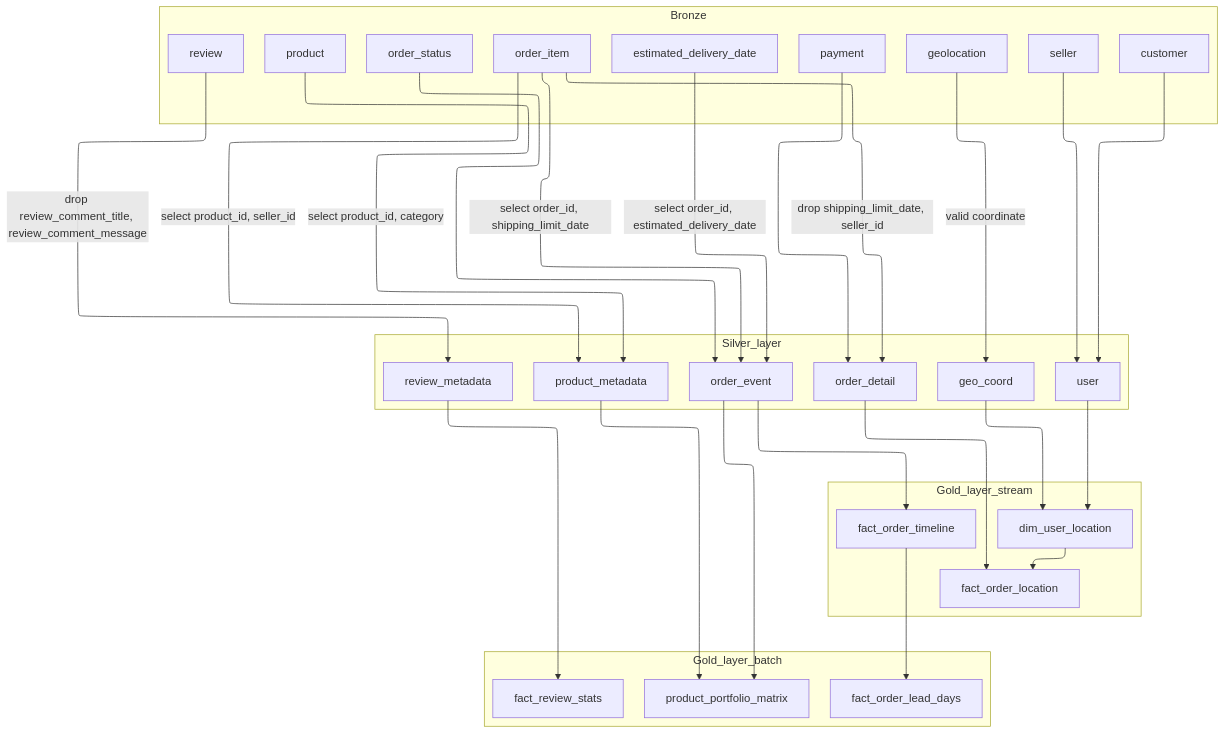
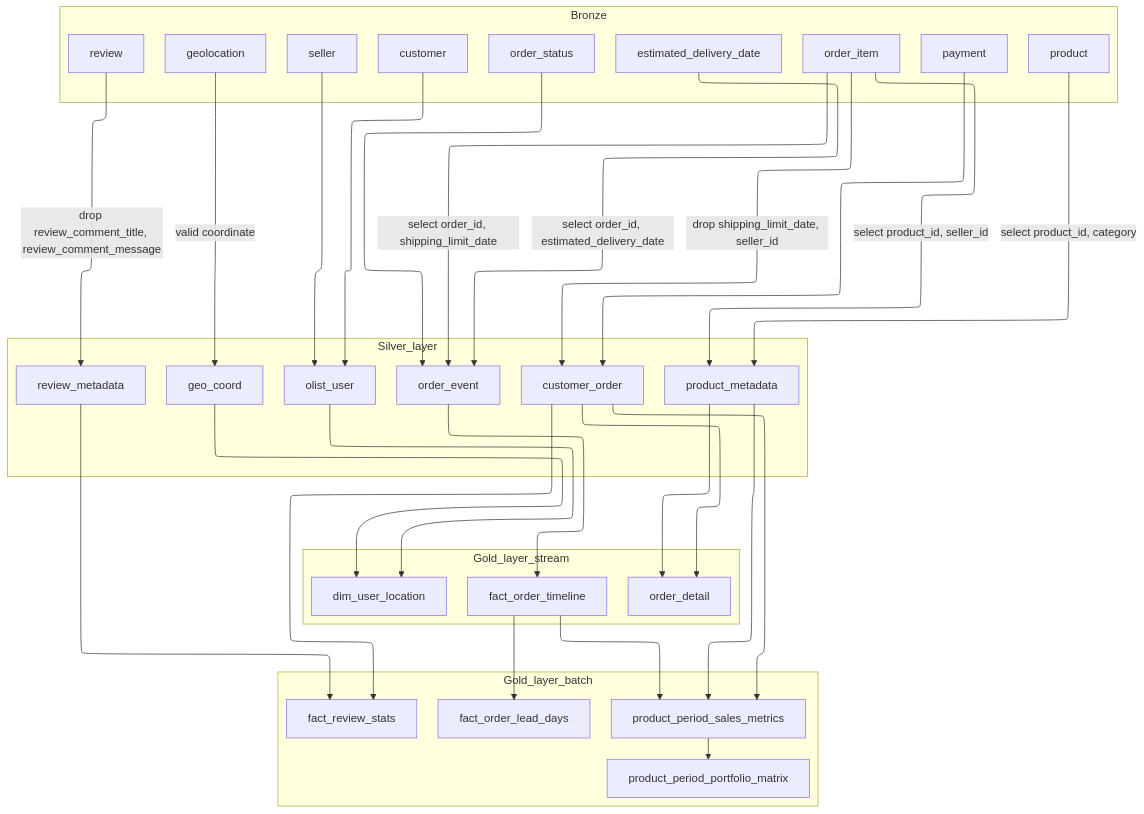
Before and after one commit to jmhwang-dev/e-commerce: the diagram in docs/pipeline.mmd, drawn with Mermaid.

Commit message:
fix(docs): piepline flowchart

```diff
--- a/docs/pipeline.mmd
+++ b/docs/pipeline.mmd
@@ -1,53 +1,62 @@
 ---
 config:
   layout: elk
 ---
 flowchart TD
- subgraph Kafka_Topics["Bronze"]
-        order_status["order_status"]
-        order_item["order_item"]
-        estimated_delivery_date["estimated_delivery_date"]
-        product["product"]
-        payment["payment"]
-        customer["customer"]
-        seller["seller"]
-        geolocation["geolocation"]
-        review["review"]
+  subgraph Kafka_Topics["Bronze"]
+    order_status["order_status"]
+    order_item["order_item"]
+    estimated_delivery_date["estimated_delivery_date"]
+    product["product"]
+    payment["payment"]
+    customer["customer"]
+    seller["seller"]
+    geolocation["geolocation"]
+    review["review"]
   end
- subgraph Silver_layer["Silver_layer"]
-        order_event["order_event"]
-        order_detail["order_detail"]
-        product_metadata["product_metadata"]
-        user["user"]
-        geo_coord["geo_coord"]
-        review_metadata["review_metadata"]
+
+  subgraph Silver_layer["Silver_layer"]
+    order_event["order_event"]
+    customer_order["customer_order"]
+    product_metadata["product_metadata"]
+    olist_user["olist_user"]
+    geo_coord["geo_coord"]
+    review_metadata["review_metadata"]
   end
- subgraph Gold_layer_stream["Gold_layer_stream"]
-        fact_order_timeline["fact_order_timeline"]
-        fact_order_location["fact_order_location"]
-        dim_user_location["dim_user_location"]
+
+  subgraph Gold_layer_stream["Gold_layer_stream"]
+    fact_order_timeline["fact_order_timeline"]
+    order_detail["order_detail"]
+    dim_user_location["dim_user_location"]
   end
- subgraph Gold_layer_batch["Gold_layer_batch"]
-        product_portfolio_matrix["product_portfolio_matrix"]
-        fact_order_lead_days["fact_order_lead_days"]
-        fact_review_stats["fact_review_stats"]
+
+  subgraph Gold_layer_batch["Gold_layer_batch"]
+    product_period_sales_metrics["product_period_sales_metrics"]
+    product_period_portfolio_matrix["product_period_portfolio_matrix"]
+    fact_review_stats["fact_review_stats"]
+    fact_order_lead_days["fact_order_lead_days"]
   end
-    order_status --> order_event
-    order_item -- drop shipping_limit_date, seller_id --> order_detail
-    order_item -- select order_id, shipping_limit_date --> order_event
-    estimated_delivery_date -- select order_id, estimated_delivery_date --> order_event
-    product -- select product_id, category --> product_metadata
-    review -- drop review_comment_title, review_comment_message --> review_metadata
-    review_metadata --> fact_review_stats
-    order_event --> product_portfolio_matrix & fact_order_timeline
-    order_item -- select product_id, seller_id --> product_metadata
-    payment --> order_detail
-    product_metadata --> product_portfolio_matrix
-    order_detail --> fact_order_location
-    fact_order_timeline --> fact_order_lead_days
-    user --> dim_user_location
-    geo_coord --> dim_user_location
-    seller --> user
-    customer --> user
-    geolocation -- valid coordinate --> geo_coord
-    dim_user_location --> fact_order_location
+
+  order_status --> order_event
+  order_item -->|drop shipping_limit_date, seller_id| customer_order
+  order_item -->|select order_id, shipping_limit_date| order_event
+  estimated_delivery_date -->|select order_id, estimated_delivery_date| order_event
+  product -->|select product_id, category| product_metadata
+  review -->|drop review_comment_title, review_comment_message| review_metadata
+  review_metadata --> fact_review_stats
+  order_event --> fact_order_timeline
+  order_item -->|select product_id, seller_id| product_metadata
+  payment --> customer_order
+  product_metadata --> order_detail
+  product_metadata --> product_period_sales_metrics
+  customer_order --> order_detail
+  customer_order --> fact_review_stats
+  customer_order --> product_period_sales_metrics
+  fact_order_timeline --> fact_order_lead_days
+  fact_order_timeline --> product_period_sales_metrics
+  olist_user --> dim_user_location
+  geo_coord --> dim_user_location
+  seller --> olist_user
+  customer --> olist_user
+  geolocation -->|valid coordinate| geo_coord
+  product_period_sales_metrics --> product_period_portfolio_matrix
```
